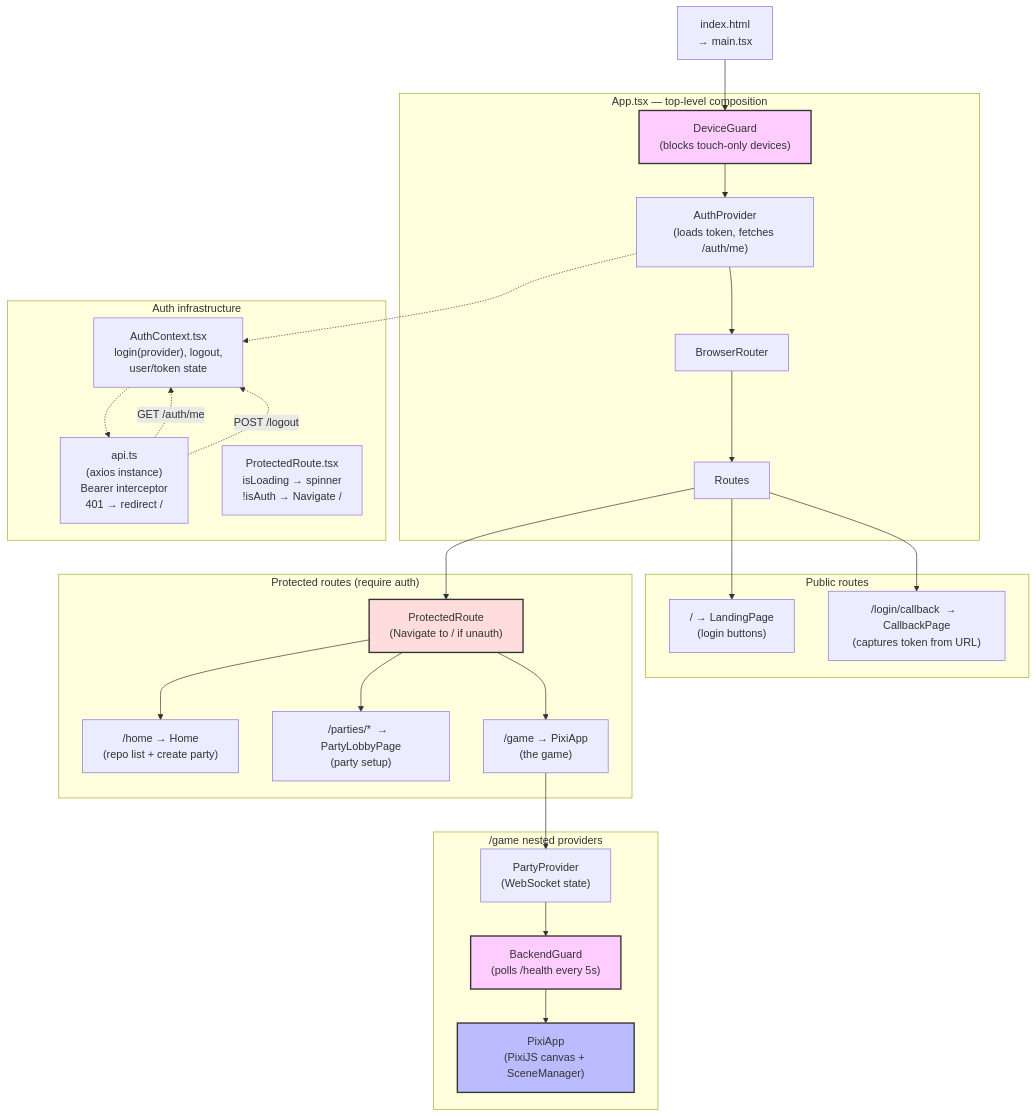
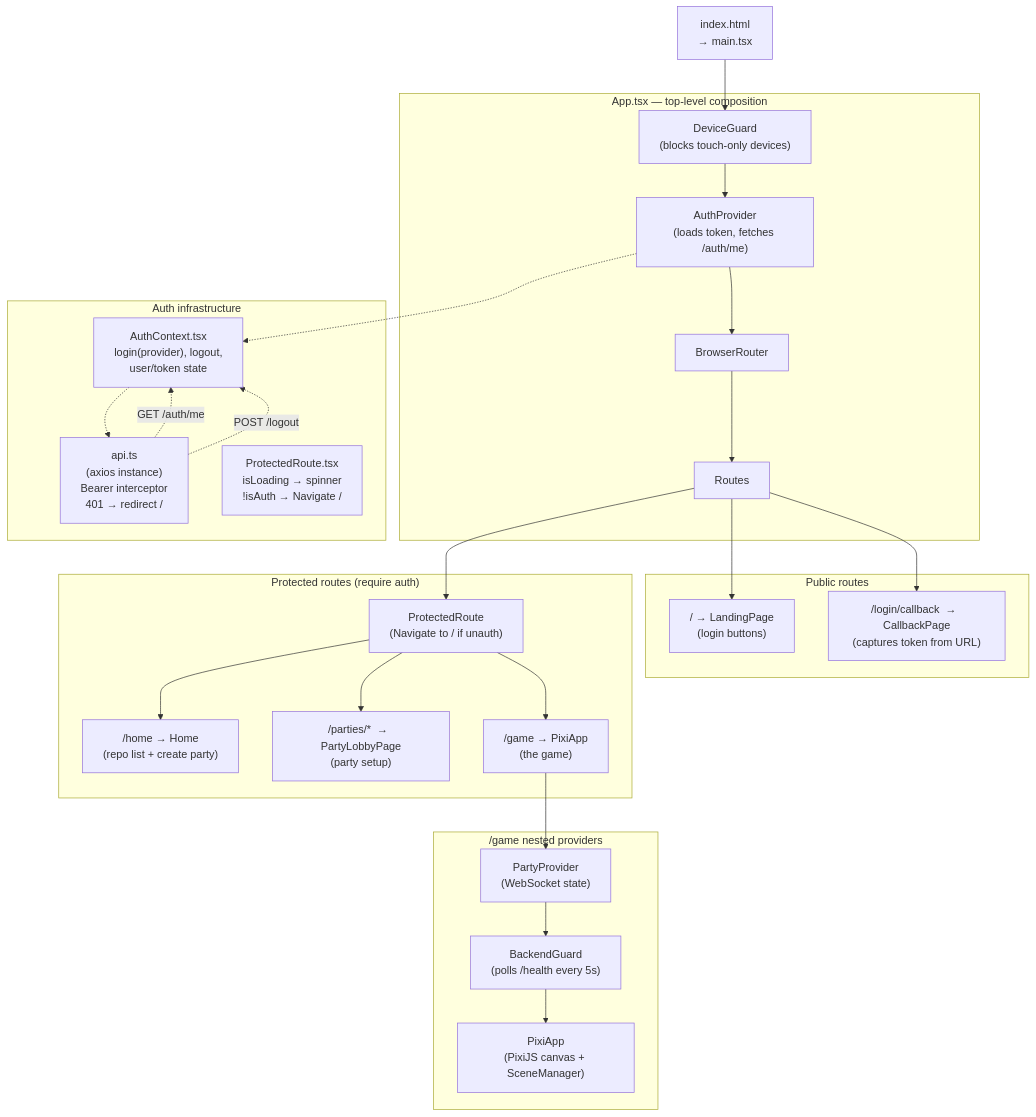
Before and after one commit to Not-Buddy/nilsbohr: the fourth of 10 diagrams in diagrams/architecture.md, drawn with Mermaid. The commit also changed other lines of this file and 1 other file, not shown here.

Commit message:
fix to diagrams

````diff
--- a/diagrams/architecture.md
+++ b/diagrams/architecture.md
@@ -322,62 +299,58 @@
 ```mermaid
 graph TB
     Index["index.html<br/>→ main.tsx"]
 
     subgraph App["App.tsx — top-level composition"]
         DeviceGuard["DeviceGuard<br/>(blocks touch-only devices)"]
         AuthProvider["AuthProvider<br/>(loads token, fetches /auth/me)"]
         BrowserRouter["BrowserRouter"]
         Routes["Routes"]
     end
 
     subgraph PublicRoutes["Public routes"]
         Landing["/  →  LandingPage<br/>(login buttons)"]
         Callback["/login/callback  →  CallbackPage<br/>(captures token from URL)"]
     end
 
     subgraph Protected["Protected routes (require auth)"]
         ProtectedRoute["ProtectedRoute<br/>(Navigate to / if unauth)"]
         Home["/home  →  Home<br/>(repo list + create party)"]
         PartyLobby["/parties/*  →  PartyLobbyPage<br/>(party setup)"]
         Game["/game  →  PixiApp<br/>(the game)"]
     end
 
     subgraph GameRoute["/game nested providers"]
         PartyProvider["PartyProvider<br/>(WebSocket state)"]
         BackendGuard["BackendGuard<br/>(polls /health every 5s)"]
         PixiApp["PixiApp<br/>(PixiJS canvas + SceneManager)"]
     end
 
     Index --> DeviceGuard
     DeviceGuard --> AuthProvider
     AuthProvider --> BrowserRouter
     BrowserRouter --> Routes
 
     Routes --> Landing
     Routes --> Callback
     Routes --> ProtectedRoute
 
     ProtectedRoute --> Home
     ProtectedRoute --> PartyLobby
     ProtectedRoute --> Game
 
     Game --> PartyProvider
     PartyProvider --> BackendGuard
     BackendGuard --> PixiApp
 
     subgraph AuthInfra["Auth infrastructure"]
         Axios["api.ts<br/>(axios instance)<br/>Bearer interceptor<br/>401 → redirect /"]
         AuthCtx["AuthContext.tsx<br/>login(provider), logout,<br/>user/token state"]
         ProtectedLogic["ProtectedRoute.tsx<br/>isLoading → spinner<br/>!isAuth → Navigate /"]
     end
 
     AuthProvider -.-> AuthCtx
     AuthCtx -.-> Axios
     Axios -.->|"GET /auth/me"| AuthCtx
     Axios -.->|"POST /logout"| AuthCtx
 
-    style DeviceGuard fill:#fcf,stroke:#333,stroke-width:2px
-    style BackendGuard fill:#fcf,stroke:#333,stroke-width:2px
-    style ProtectedRoute fill:#fdd,stroke:#333,stroke-width:2px
-    style PixiApp fill:#bbf,stroke:#333,stroke-width:2px
 ```
````
